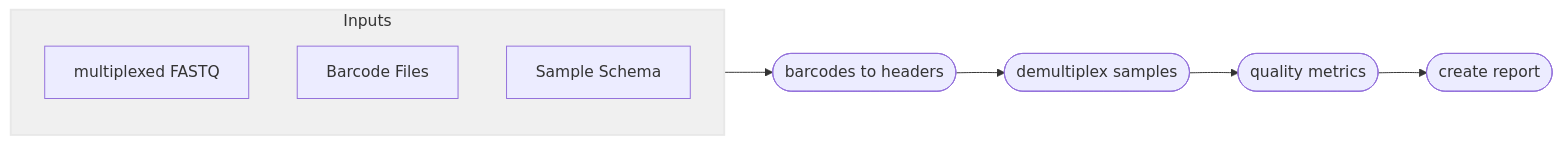
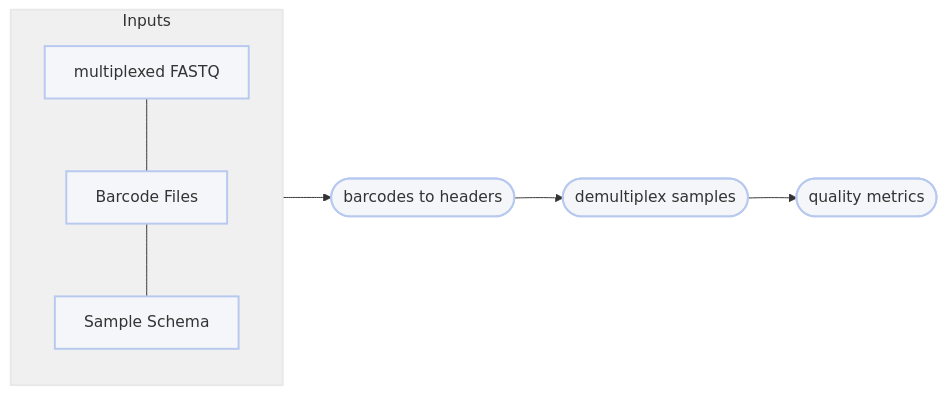
Before and after one commit to pdimens/harpy: the diagram in Modules/demultiplex.md, drawn with Mermaid. The commit also changed 11 other files, not shown here.

Commit message:
update all mermaids

````diff
--- a/Modules/demultiplex.md
+++ b/Modules/demultiplex.md
@@ -76,13 +76,14 @@
 ```mermaid
 graph LR
     subgraph Inputs
-        A[multiplexed FASTQ]
-        BX[Barcode Files]
-        SCH[Sample Schema]
+        direction TB
+        A[multiplexed FASTQ]:::clean---BX
+        BX[Barcode Files]:::clean---SCH
+        SCH[Sample Schema]:::clean
     end
-    Inputs-->B([barcodes to headers])
-    B-->C([demultiplex samples])
-    C-->D([quality metrics])
-    D-->E([create report])
+    Inputs-->B([barcodes to headers]):::clean
+    B-->C([demultiplex samples]):::clean
+    C-->D([quality metrics]):::clean
     style Inputs fill:#f0f0f0,stroke:#e8e8e8,stroke-width:2px
+    classDef clean fill:#f5f6f9,stroke:#b7c9ef,stroke-width:2px
 ```
````
